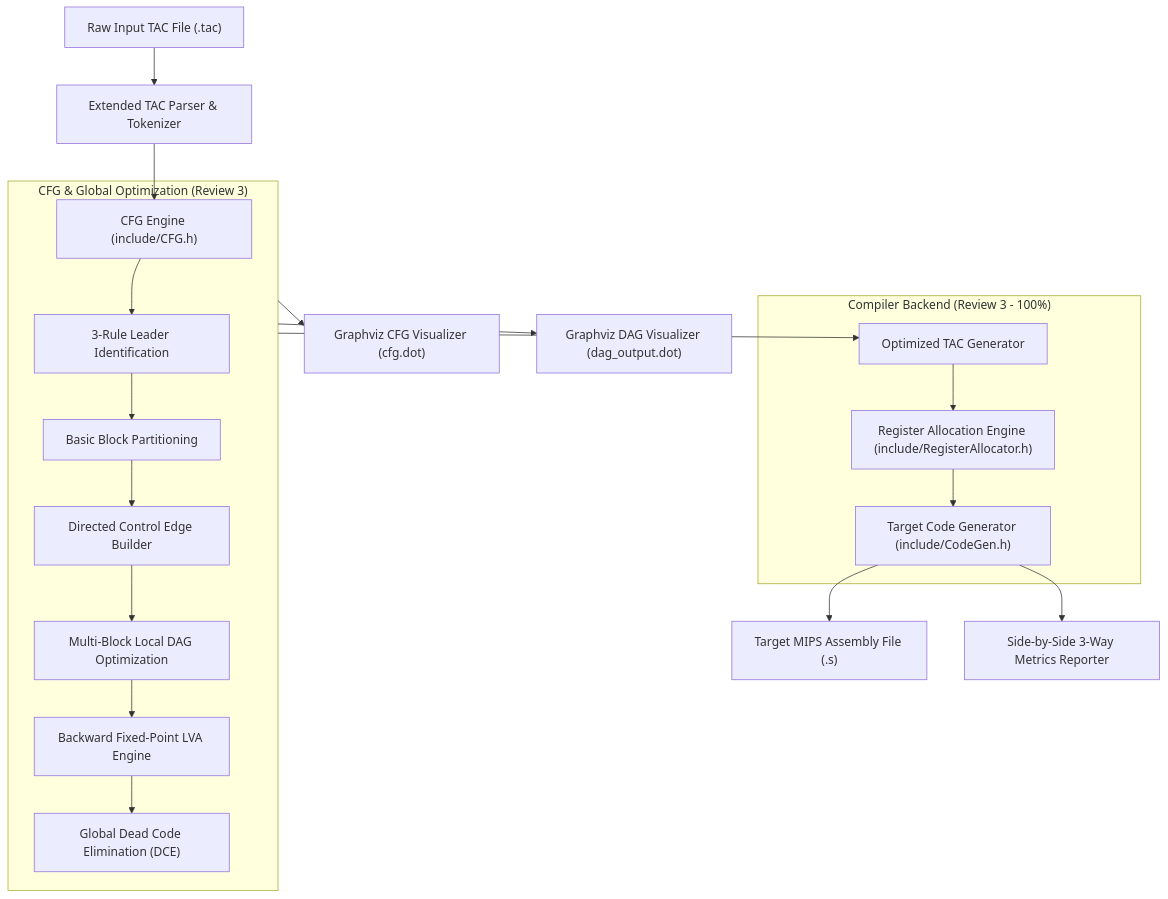
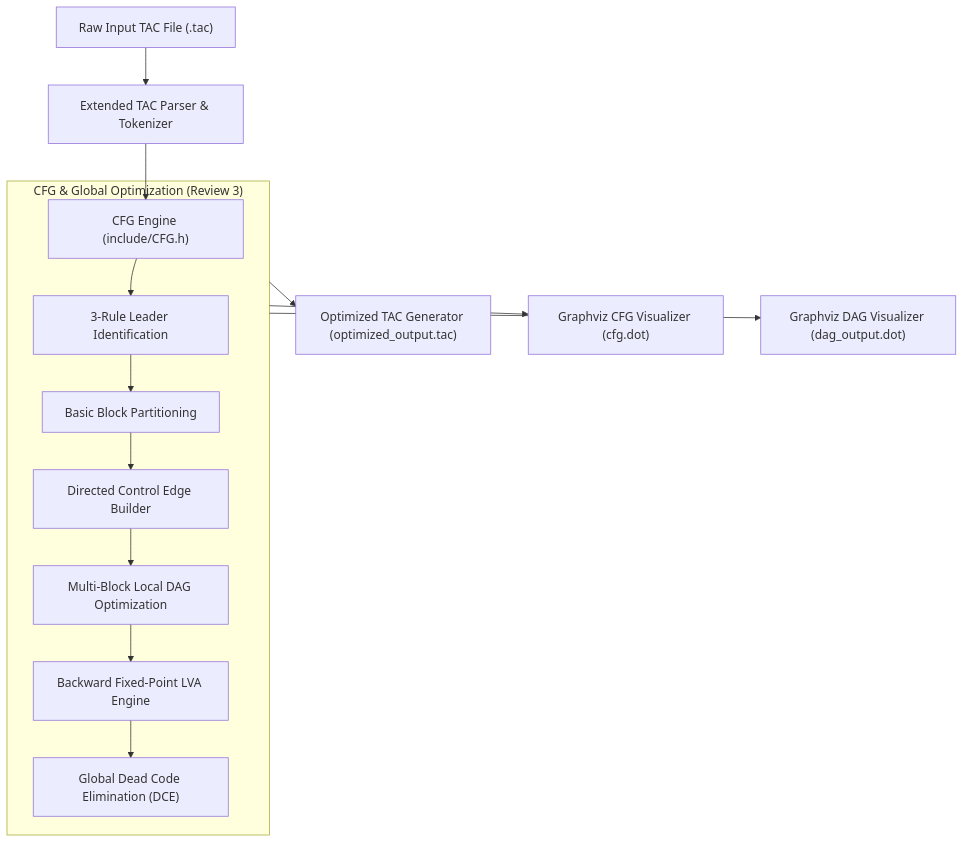
One commit to SK4590/DAG-Optimization changed the diagram in README.md. Above: the diagram before and after it, drawn with Mermaid. The commit also changed other lines of this file and 20 other files, not shown here.

Commit message:
Remove out-of-scope backend CodeGen, RegisterAllocator, and tooling noise; preserve 100% Review 3 CFG, LVA, and DCE

````diff
--- a/README.md
+++ b/README.md
@@ -106,22 +35,16 @@
 ```mermaid
 flowchart TD
     A["Raw Input TAC File (.tac)"] --> B["Extended TAC Parser & Tokenizer"]
     B --> C["CFG Engine (include/CFG.h)"]
     subgraph CFG_Engine ["CFG & Global Optimization (Review 3)"]
         C --> D["3-Rule Leader Identification"]
         D --> E["Basic Block Partitioning"]
         E --> F["Directed Control Edge Builder"]
         F --> G["Multi-Block Local DAG Optimization"]
         G --> H["Backward Fixed-Point LVA Engine"]
         H --> I["Global Dead Code Elimination (DCE)"]
     end
-    CFG_Engine --> J["Optimized TAC Generator"]
+    CFG_Engine --> J["Optimized TAC Generator (optimized_output.tac)"]
     CFG_Engine --> K["Graphviz CFG Visualizer (cfg.dot)"]
     CFG_Engine --> L["Graphviz DAG Visualizer (dag_output.dot)"]
-    subgraph Backend ["Compiler Backend (Review 3 - 100%)"]
-        J --> M["Register Allocation Engine (include/RegisterAllocator.h)"]
-        M --> N["Target Code Generator (include/CodeGen.h)"]
-    end
-    N --> O["Target MIPS Assembly File (.s)"]
-    N --> P["Side-by-Side 3-Way Metrics Reporter"]
 ```
````
